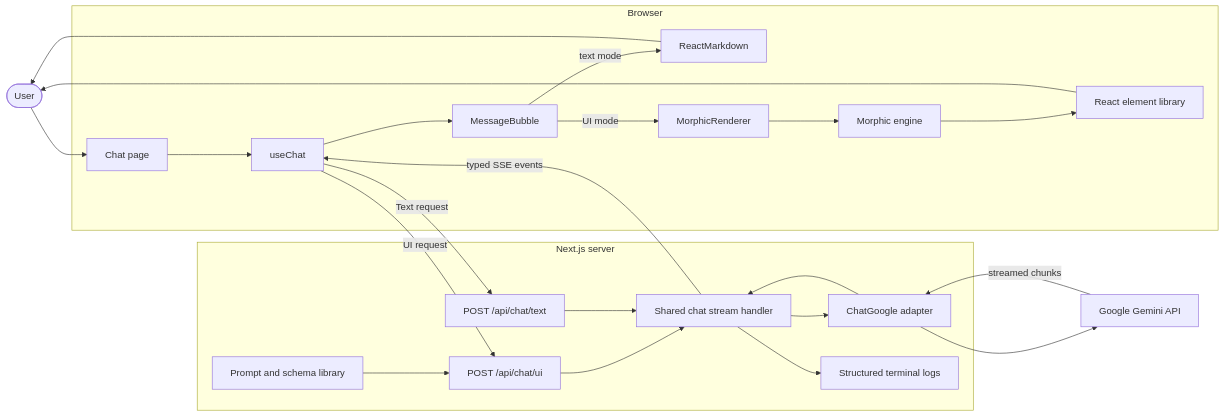
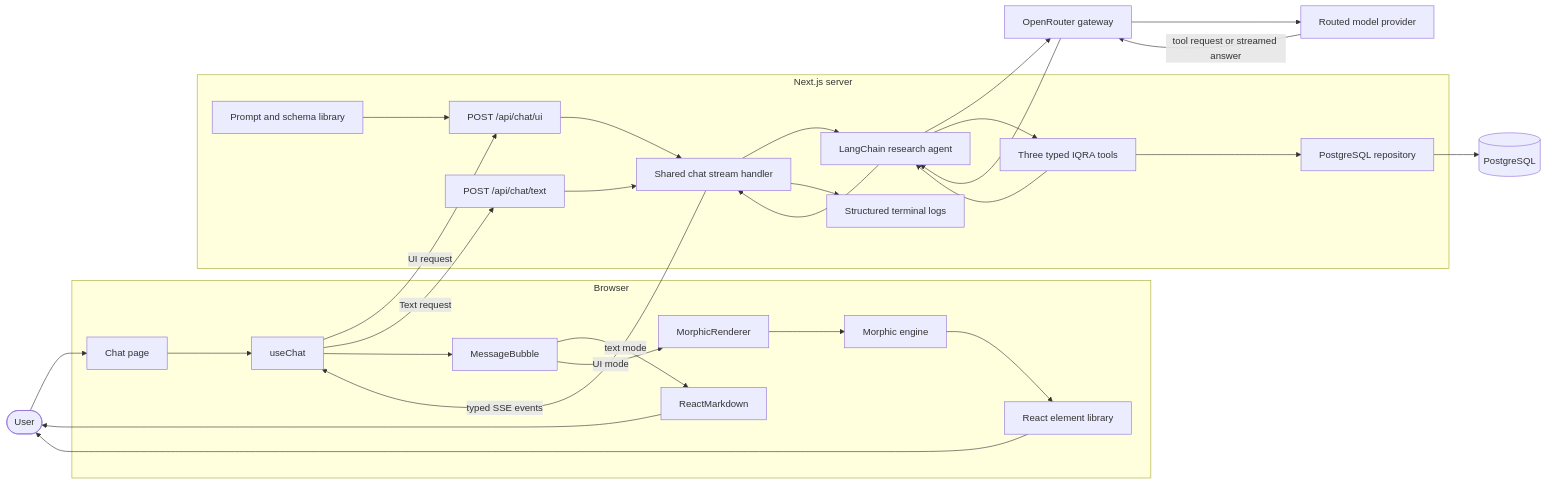
The first of 12 diagrams in docs/architecture-lifecycle.md (import-kunal/morphic_ui), drawn with Mermaid before and after one commit. The commit also changed other lines of this file and 7 other files, not shown here.

First line of the commit message:
docs: update architecture and add setup and data source guides

````diff
--- a/docs/architecture-lifecycle.md
+++ b/docs/architecture-lifecycle.md
@@ -15,41 +15,49 @@
 ```mermaid
 flowchart LR
     User([User])
 
     subgraph Browser[Browser]
         Page[Chat page]
         Hook[useChat]
         Bubble[MessageBubble]
         Markdown[ReactMarkdown]
         Renderer[MorphicRenderer]
         Engine[Morphic engine]
         Elements[React element library]
     end
 
     subgraph NextServer[Next.js server]
         UIRoute[POST /api/chat/ui]
         TextRoute[POST /api/chat/text]
         Stream[Shared chat stream handler]
         Prompt[Prompt and schema library]
-        Model[ChatGoogle adapter]
+        Agent[LangChain research agent]
+        Tools[Three typed IQRA tools]
+        Source[PostgreSQL repository]
         Logs[Structured terminal logs]
     end
 
-    Gemini[Google Gemini API]
+    OpenRouter[OpenRouter gateway]
+    Model[Routed model provider]
+    Postgres[(PostgreSQL)]
 
     User --> Page --> Hook
     Hook -->|UI request| UIRoute
     Hook -->|Text request| TextRoute
     Prompt --> UIRoute
     UIRoute --> Stream
     TextRoute --> Stream
-    Stream --> Model --> Gemini
-    Gemini -->|streamed chunks| Model --> Stream
+    Stream --> Agent --> OpenRouter --> Model
+    Model -->|tool request or streamed answer| OpenRouter --> Agent
+    Agent --> Tools --> Source
+    Source --> Postgres
+    Tools --> Agent
+    Agent --> Stream
     Stream -->|typed SSE events| Hook
     Stream --> Logs
     Hook --> Bubble
     Bubble -->|text mode| Markdown
     Bubble -->|UI mode| Renderer --> Engine --> Elements
     Markdown --> User
     Elements --> User
 ```
````
